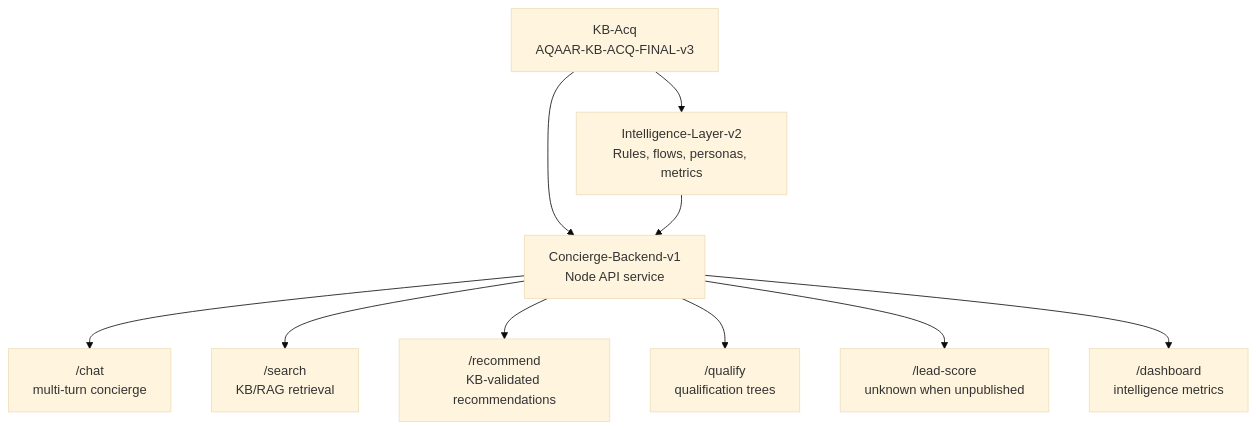
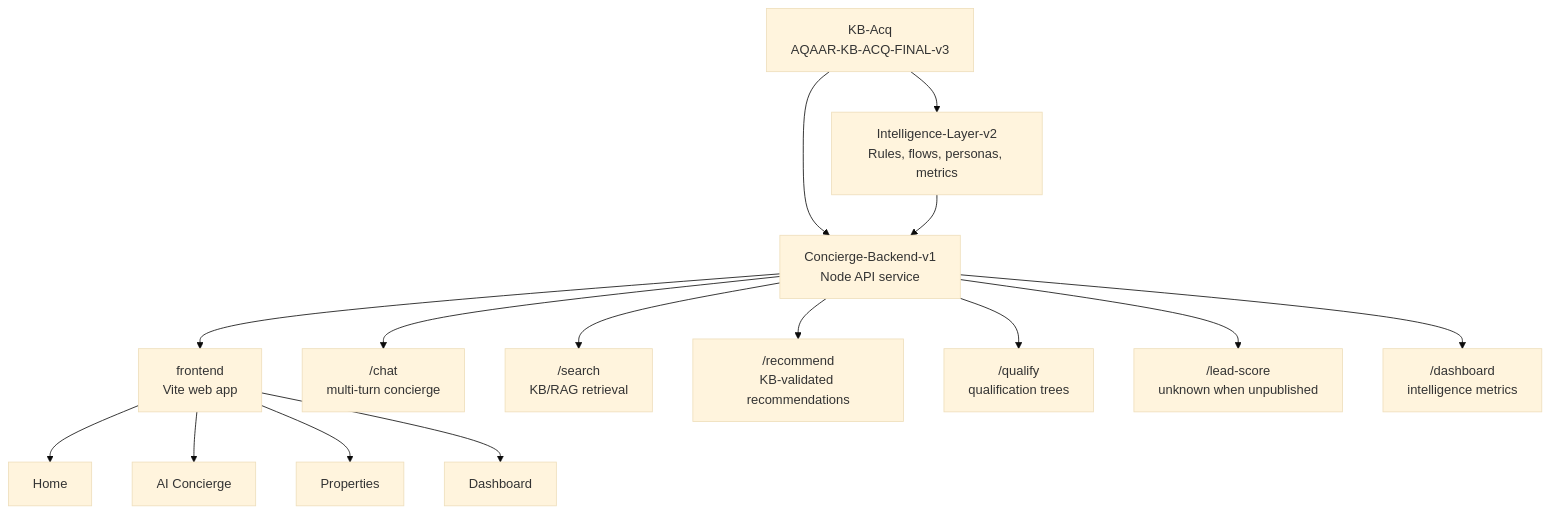
One commit to shirlz15/aqaar-ai-concierge changed the diagram in README.md. Above: the diagram before and after it, drawn with Mermaid (base theme). The commit also changed other lines of this file and 7 other files, not shown here.

````diff
--- a/README.md
+++ b/README.md
@@ -50,12 +63,17 @@
 ```mermaid
 flowchart TD
     KB["KB-Acq<br/>AQAAR-KB-ACQ-FINAL-v3"] --> INT["Intelligence-Layer-v2<br/>Rules, flows, personas, metrics"]
     KB --> API["Concierge-Backend-v1<br/>Node API service"]
     INT --> API
+    API --> UI["frontend<br/>Vite web app"]
     API --> CHAT["/chat<br/>multi-turn concierge"]
     API --> SEARCH["/search<br/>KB/RAG retrieval"]
     API --> REC["/recommend<br/>KB-validated recommendations"]
     API --> QUAL["/qualify<br/>qualification trees"]
     API --> SCORE["/lead-score<br/>unknown when unpublished"]
     API --> DASH["/dashboard<br/>intelligence metrics"]
+    UI --> HOME["Home"]
+    UI --> CONCIERGE["AI Concierge"]
+    UI --> PROPS["Properties"]
+    UI --> ADMIN["Dashboard"]
 ```
````
